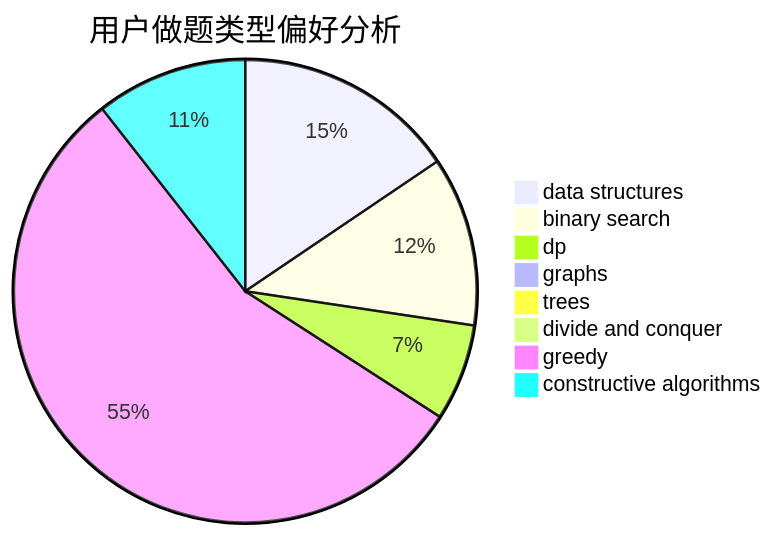
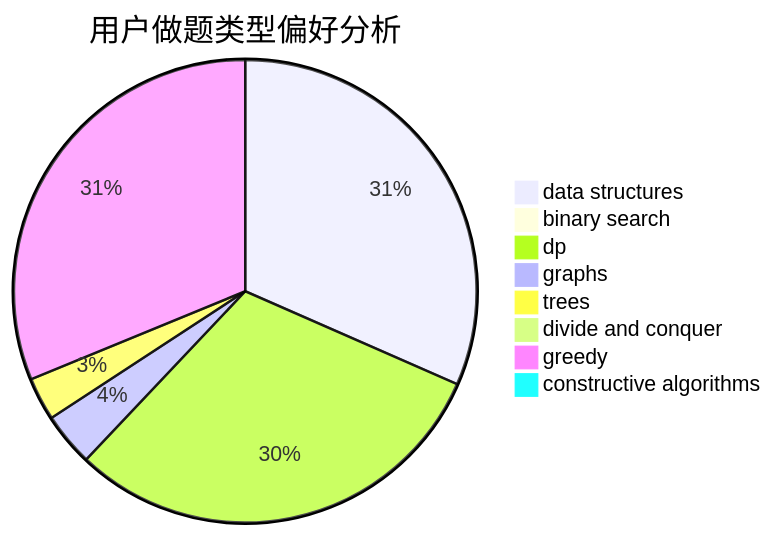
One commit to sherpahu/cfrs.github.io changed the second of 3 diagrams in docs/user/u469.md. Above: the diagram before and after it, drawn with Mermaid. The commit also changed other lines of this file and 2770 other files, not shown here.

````diff
--- a/docs/user/u469.md
+++ b/docs/user/u469.md
@@ -23,11 +23,11 @@
 ```mermaid
 pie title 用户做题类型偏好分析
-    "data structures" :  138
-    "binary search" :  105
-    "dp" :  60
-    "graphs" :  4
-    "trees" :  3
-    "divide and conquer" :  0
-    "greedy" :  491
-    "constructive algorithms" :  94
+    "data structures" :  431
+    "binary search" :  9
+    "dp" :  416
+    "graphs" :  51
+    "trees" :  41
+    "divide and conquer" :  7
+    "greedy" :  426
+    "constructive algorithms" :  9
 ```
````
